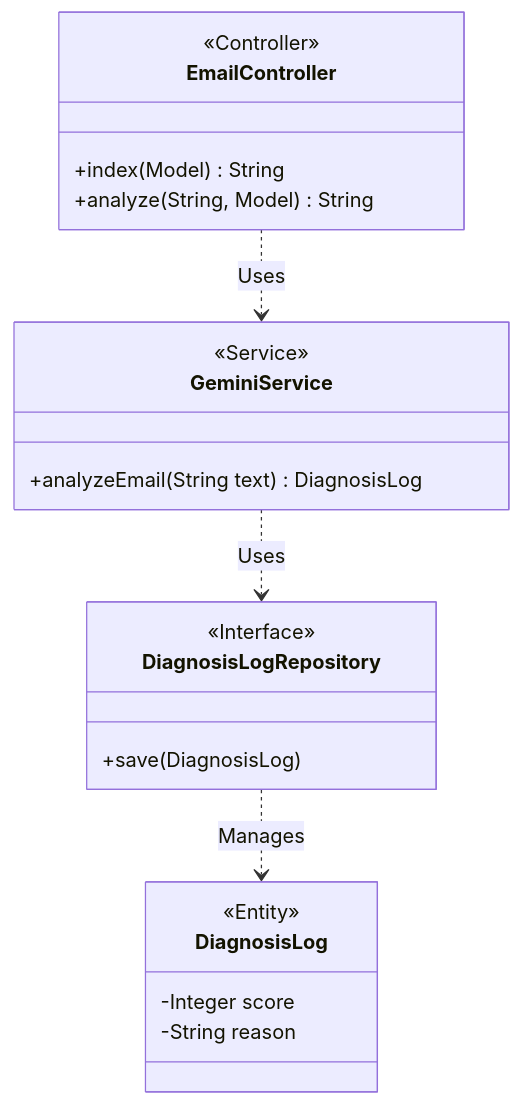
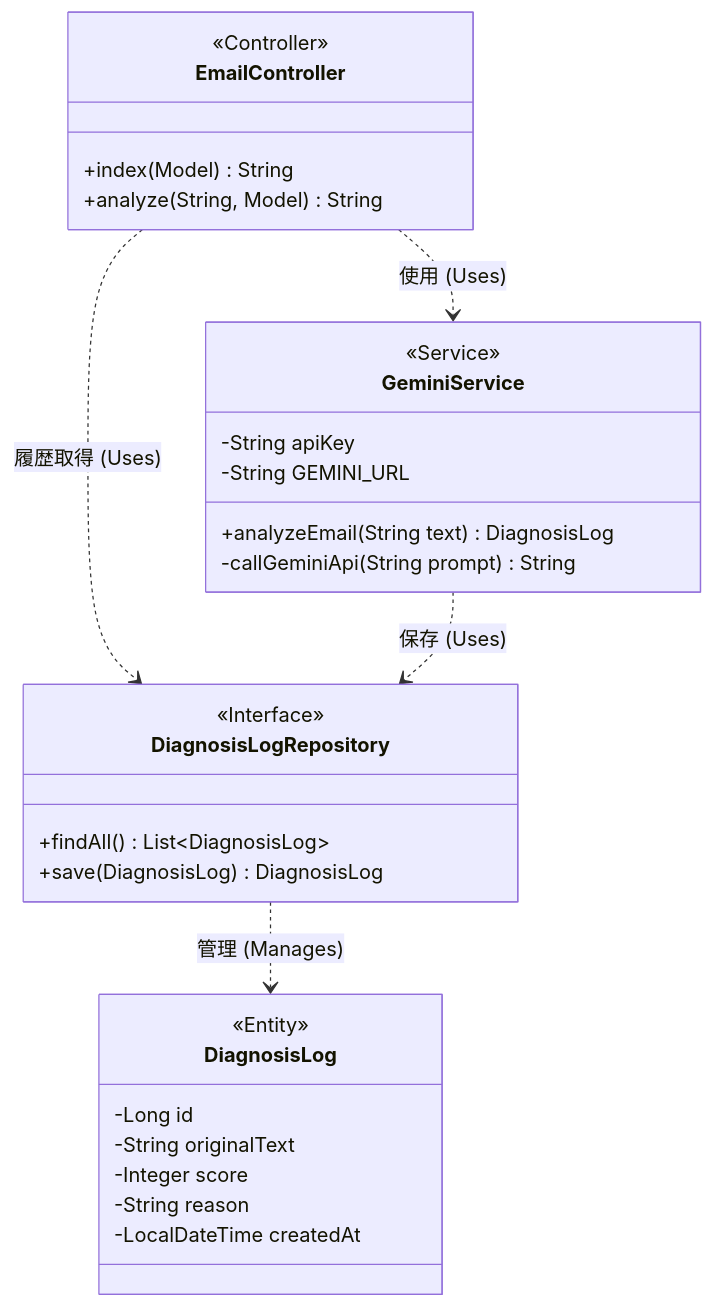
Before and after one commit to tototo878742/email-checker: the first of 2 diagrams in README.md, drawn with Mermaid. The commit also changed other lines of this file, not shown here.

````diff
--- a/README.md
+++ b/README.md
@@ -51,25 +51,38 @@
 ```mermaid
 classDiagram
+    %% クラスの定義
     class EmailController {
         <<Controller>>
         +index(Model) String
         +analyze(String, Model) String
     }
+
     class GeminiService {
         <<Service>>
+        -String apiKey
+        -String GEMINI_URL
         +analyzeEmail(String text) DiagnosisLog
+        -callGeminiApi(String prompt) String
     }
+
     class DiagnosisLogRepository {
         <<Interface>>
-        +save(DiagnosisLog)
+        +findAll() List~DiagnosisLog~
+        +save(DiagnosisLog) DiagnosisLog
     }
+
     class DiagnosisLog {
         <<Entity>>
+        -Long id
+        -String originalText
         -Integer score
         -String reason
+        -LocalDateTime createdAt
     }
 
-    EmailController ..> GeminiService : Uses
-    GeminiService ..> DiagnosisLogRepository : Uses
-    DiagnosisLogRepository ..> DiagnosisLog : Manages
+    %% 関係性の定義
+    EmailController ..> GeminiService : 使用 (Uses)
+    EmailController ..> DiagnosisLogRepository : 履歴取得 (Uses)
+    GeminiService ..> DiagnosisLogRepository : 保存 (Uses)
+    DiagnosisLogRepository ..> DiagnosisLog : 管理 (Manages)
 ```
````
